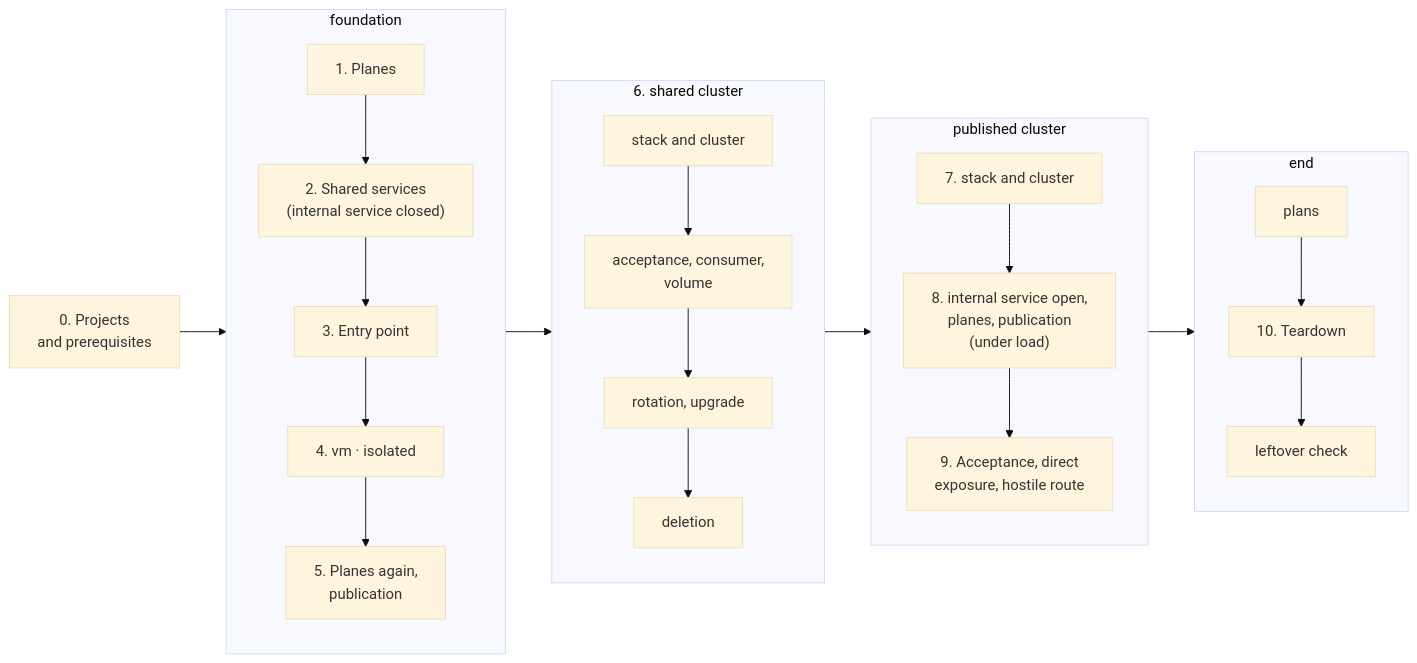
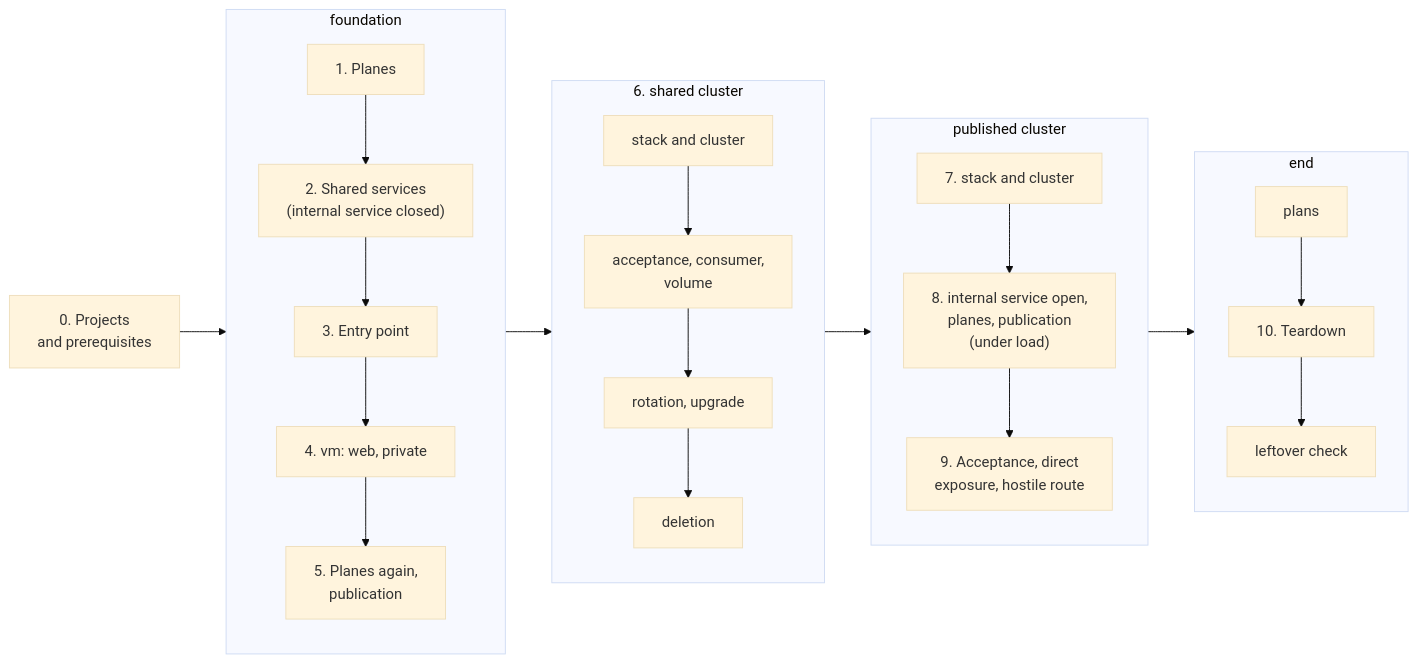
One commit to CyprisTech/openstack-multitenant-reference changed the diagram in docs/reference/test-procedure.md. Above: the diagram before and after it, drawn with Mermaid (base theme). The commit also changed other lines of this file and 21 other files, not shown here.

First line of the commit message:
Docs: the private tenant, several tenants of a stack, diagrams

````diff
--- a/docs/reference/test-procedure.md
+++ b/docs/reference/test-procedure.md
@@ -13,21 +13,21 @@
 ```mermaid
 flowchart LR
     P0["0. Projects<br/>and prerequisites"] --> F
     subgraph F["foundation"]
         direction TB
-        F1["1. Planes"] --> F2["2. Shared services<br/>(internal service closed)"] --> F3["3. Entry point"] --> F4["4. vm · isolated"] --> F5["5. Planes again,<br/>publication"]
+        F1["1. Planes"] --> F2["2. Shared services<br/>(internal service closed)"] --> F3["3. Entry point"] --> F4["4. vm: web, private"] --> F5["5. Planes again,<br/>publication"]
     end
     subgraph S["6. shared cluster"]
         direction TB
         S1["stack and cluster"] --> S2["acceptance, consumer,<br/>volume"] --> S3["rotation, upgrade"] --> S4["deletion"]
     end
     subgraph K["published cluster"]
         direction TB
         K7["7. stack and cluster"] --> K8["8. internal service open,<br/>planes, publication<br/>(under load)"] --> K9["9. Acceptance, direct<br/>exposure, hostile route"]
     end
     subgraph E["end"]
         direction TB
         E1["plans"] --> E2["10. Teardown"] --> E3["leftover check"]
     end
     F --> S --> K --> E
 ```
````
